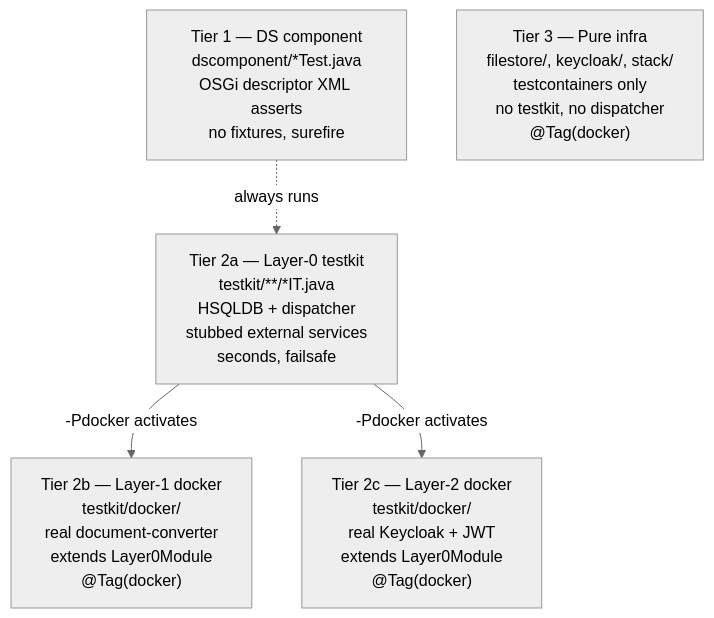
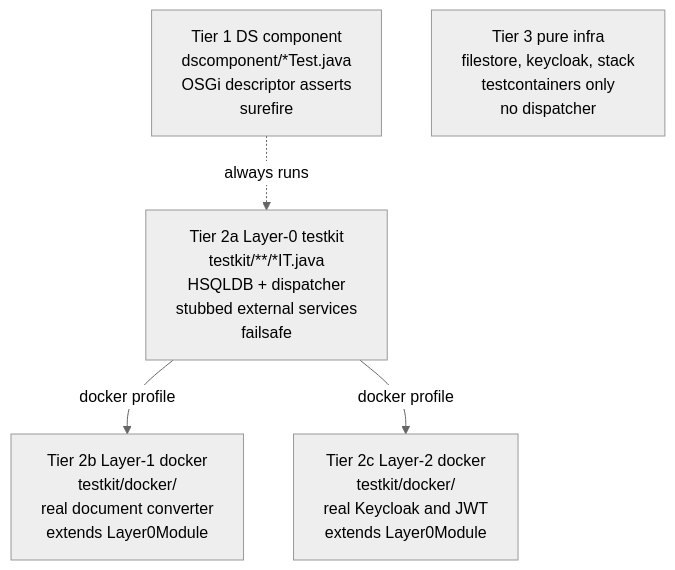
The diagram in catalog/model-blueprints/testkit-integration-foundation/BLUEPRINT.md (BlackBeltTechnology/judo-blueprint), drawn with Mermaid (neutral theme) before and after one commit. The commit also changed other lines of this file and 59 other files, not shown here.

````diff
--- a/catalog/model-blueprints/testkit-integration-foundation/BLUEPRINT.md
+++ b/catalog/model-blueprints/testkit-integration-foundation/BLUEPRINT.md
@@ -23,12 +25,11 @@
 ```mermaid
 graph TB
-    DS["Tier 1 — DS component<br/>dscomponent/*Test.java<br/>OSGi descriptor XML asserts<br/>no fixtures, surefire"]
-    L0["Tier 2a — Layer-0 testkit<br/>testkit/**/*IT.java<br/>HSQLDB + dispatcher<br/>stubbed external services<br/>seconds, failsafe"]
-    L1["Tier 2b — Layer-1 docker<br/>testkit/docker/<br/>real document-converter<br/>extends Layer0Module<br/>@Tag(docker)"]
-    L2["Tier 2c — Layer-2 docker<br/>testkit/docker/<br/>real Keycloak + JWT<br/>extends Layer0Module<br/>@Tag(docker)"]
-    INFRA["Tier 3 — Pure infra<br/>filestore/, keycloak/, stack/<br/>testcontainers only<br/>no testkit, no dispatcher<br/>@Tag(docker)"]
-
-    L0 -->|"-Pdocker activates"| L1
-    L0 -->|"-Pdocker activates"| L2
+    DS["Tier 1 DS component<br/>dscomponent/*Test.java<br/>OSGi descriptor asserts<br/>surefire"]
+    L0["Tier 2a Layer-0 testkit<br/>testkit/**/*IT.java<br/>HSQLDB + dispatcher<br/>stubbed external services<br/>failsafe"]
+    L1["Tier 2b Layer-1 docker<br/>testkit/docker/<br/>real document converter<br/>extends Layer0Module"]
+    L2["Tier 2c Layer-2 docker<br/>testkit/docker/<br/>real Keycloak and JWT<br/>extends Layer0Module"]
+    INFRA["Tier 3 pure infra<br/>filestore, keycloak, stack<br/>testcontainers only<br/>no dispatcher"]
+    L0 -->|"docker profile"| L1
+    L0 -->|"docker profile"| L2
     DS -.->|always runs| L0
 ```
````
